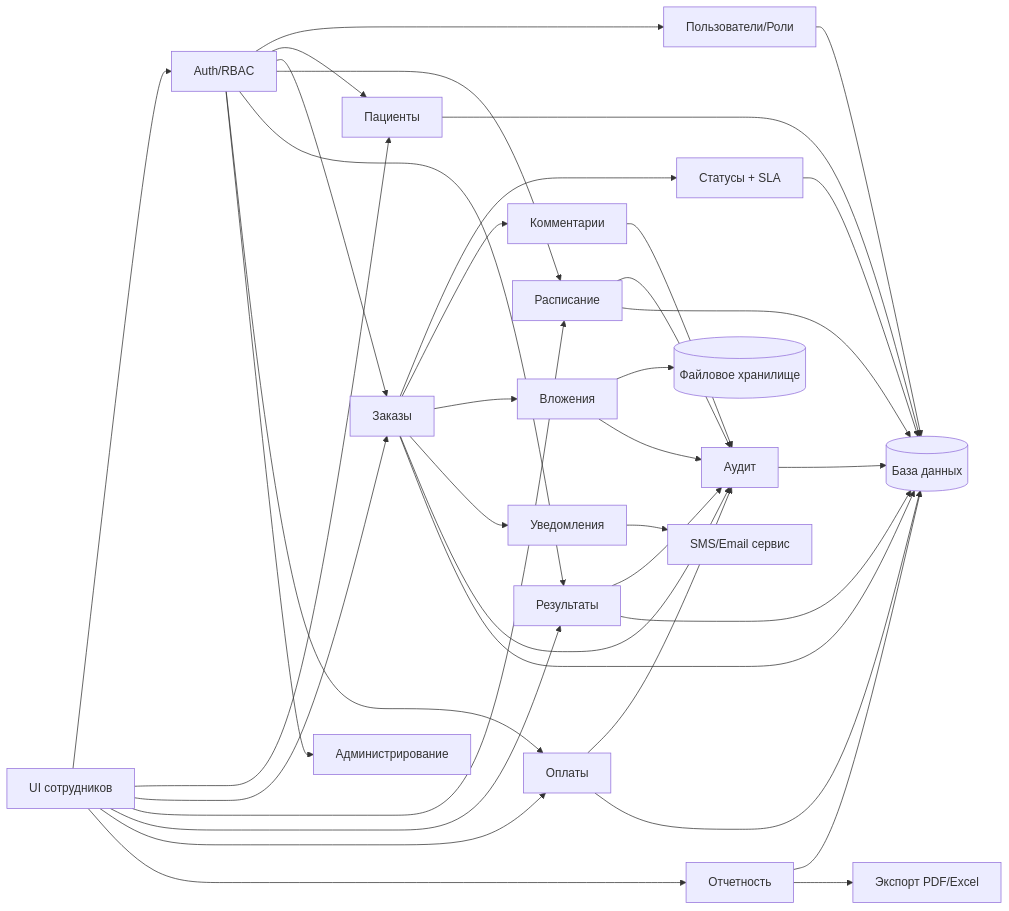
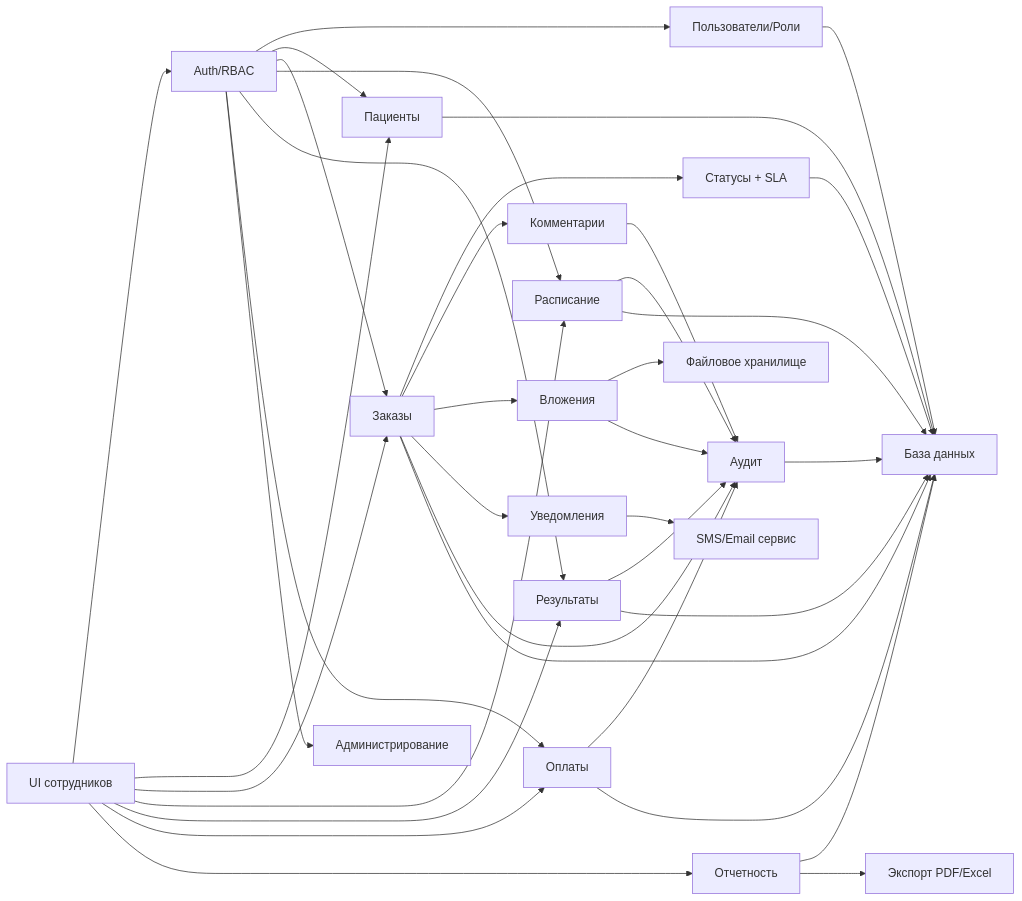
The third of 3 diagrams in docs/practice/design.md (OlgaKraven/DKIP.PP.PM.03-method), drawn with Mermaid before and after one commit. The commit also changed other lines of this file and 8 other files, not shown here.

````diff
--- a/docs/practice/design.md
+++ b/docs/practice/design.md
@@ -768,44 +770,44 @@
 ```mermaid
 flowchart LR
     UI[UI сотрудников] --> RBAC[Auth/RBAC]
     UI --> PAT[Пациенты]
     UI --> ORD[Заказы]
     UI --> SCH[Расписание]
     UI --> RES[Результаты]
     UI --> PAY[Оплаты]
     UI --> REP[Отчетность]
 
     RBAC --> USERS[Пользователи/Роли]
     RBAC --> PAT
     RBAC --> ORD
     RBAC --> SCH
     RBAC --> RES
     RBAC --> PAY
     RBAC --> ADM[Администрирование]
 
     ORD --> SLA[Статусы + SLA]
     ORD --> COM[Комментарии]
     ORD --> ATT[Вложения]
     ORD --> NOTIF[Уведомления]
     ORD --> AUD[Аудит]
 
     SCH --> AUD
     RES --> AUD
     PAY --> AUD
     COM --> AUD
-    ATT --> FS[(Файловое хранилище)]
+    ATT --> FS[Файловое хранилище]
     ATT --> AUD
 
-    PAT --> DB[(База данных)]
+    PAT --> DB[База данных]
     ORD --> DB
     SCH --> DB
     RES --> DB
     PAY --> DB
     SLA --> DB
     USERS --> DB
     AUD --> DB
     REP --> DB
 
     REP --> EXP[Экспорт PDF/Excel]
     NOTIF --> EXT[SMS/Email сервис]
 ```
````
